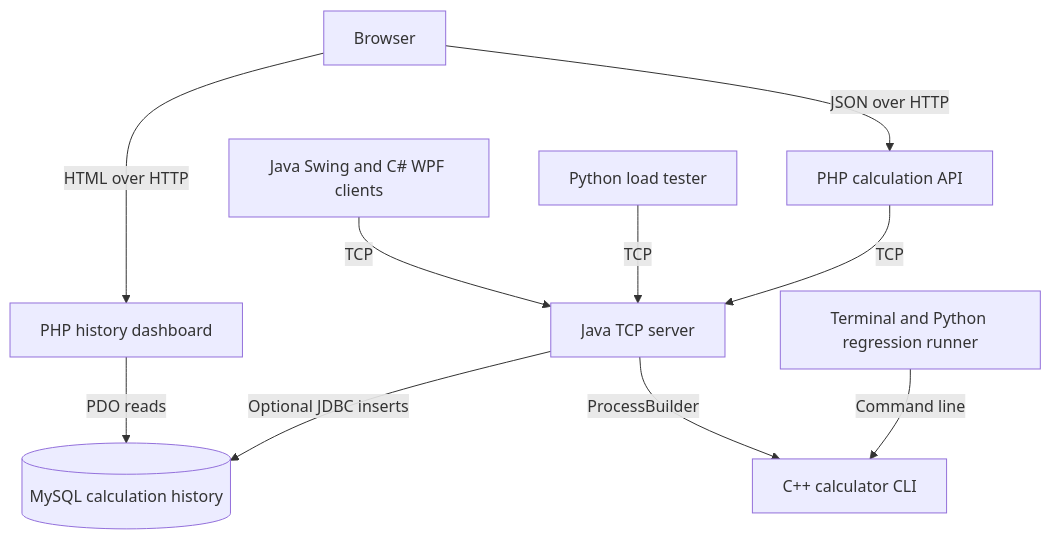
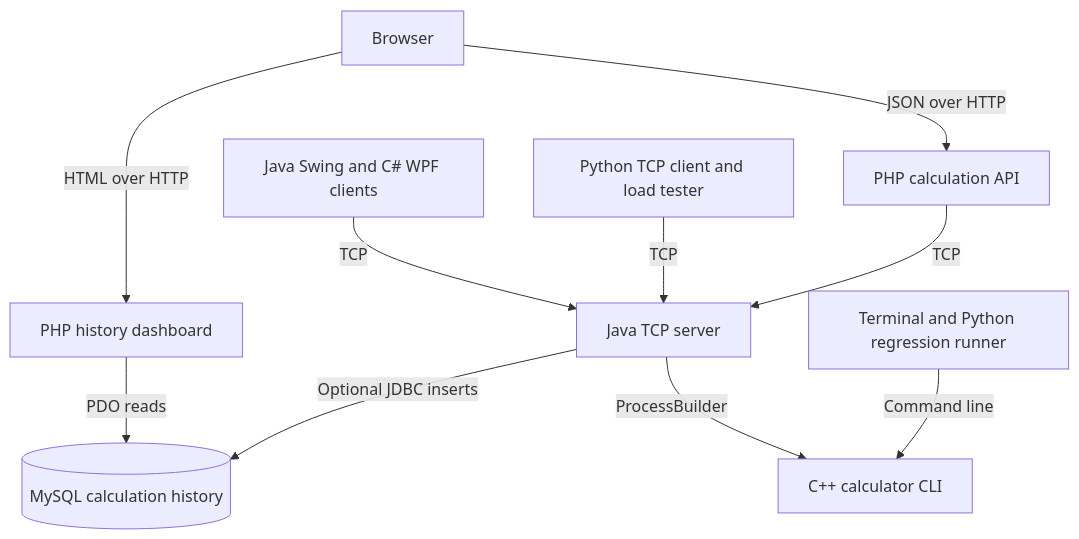
Before and after one commit to ytNABBO/MultiCalc: the diagram in docs/architecture.md, drawn with Mermaid. The commit also changed other lines of this file and 5 other files, not shown here.

Commit message:
Add Python calculator TCP command

````diff
--- a/docs/architecture.md
+++ b/docs/architecture.md
@@ -5,12 +5,12 @@
 ```mermaid
 flowchart TD
     Browser["Browser"] -->|"JSON over HTTP"| Api["PHP calculation API"]
     Browser -->|"HTML over HTTP"| Dashboard["PHP history dashboard"]
     Api -->|"TCP"| Server["Java TCP server"]
     Desktop["Java Swing and C# WPF clients"] -->|"TCP"| Server
-    Load["Python load tester"] -->|"TCP"| Server
+    Python["Python TCP client and load tester"] -->|"TCP"| Server
     Server -->|"ProcessBuilder"| Core["C++ calculator CLI"]
     Terminal["Terminal and Python regression runner"] -->|"Command line"| Core
     Server -->|"Optional JDBC inserts"| History[("MySQL calculation history")]
     Dashboard -->|"PDO reads"| History
 ```
````
